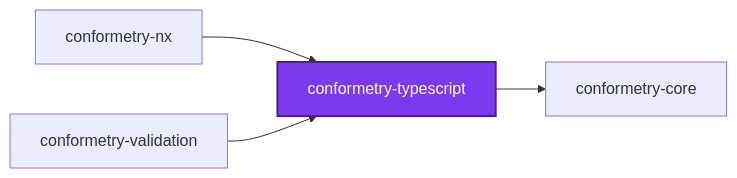
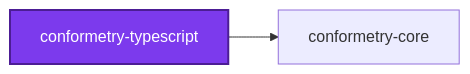
One commit to JimmyPaolini/codebase changed the first of 3 diagrams in packages/conformetry-typescript/README.md. Above: the diagram before and after it, drawn with Mermaid. The commit also changed 32 other files, not shown here.

````diff
--- a/packages/conformetry-typescript/README.md
+++ b/packages/conformetry-typescript/README.md
@@ -158,12 +158,8 @@
 ```mermaid
 graph LR
   conformetry_core["conformetry-core"]
-  conformetry_nx["conformetry-nx"]
   conformetry_typescript["conformetry-typescript"]
-  conformetry_validation["conformetry-validation"]
-  conformetry_nx --> conformetry_typescript
   conformetry_typescript --> conformetry_core
-  conformetry_validation --> conformetry_typescript
   classDef subject fill:#7c3aed,color:#fff,stroke:#4c1d95,stroke-width:2px
   class conformetry_typescript subject
 ```
````
